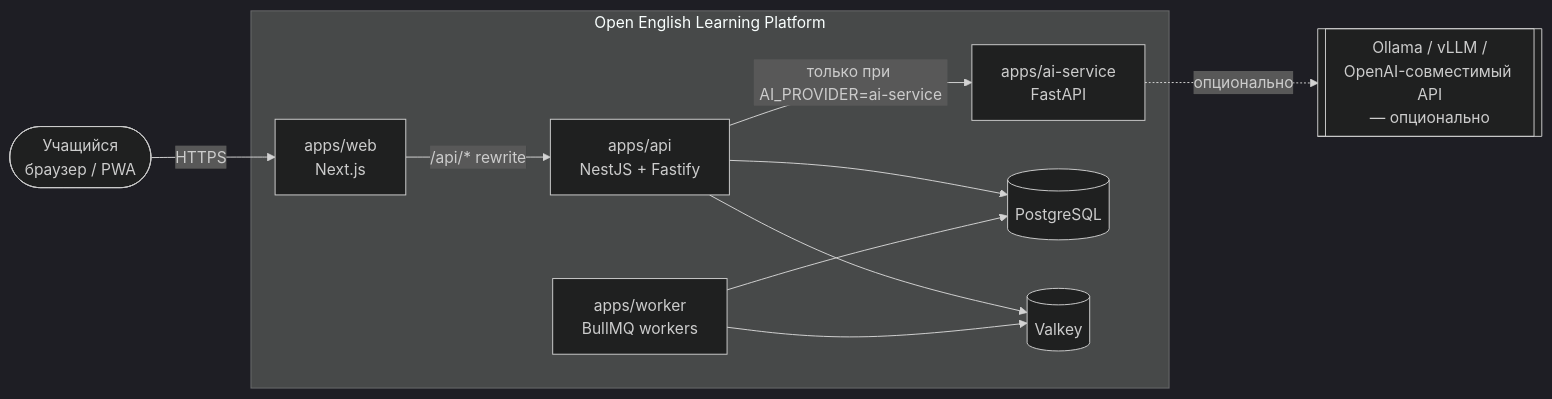
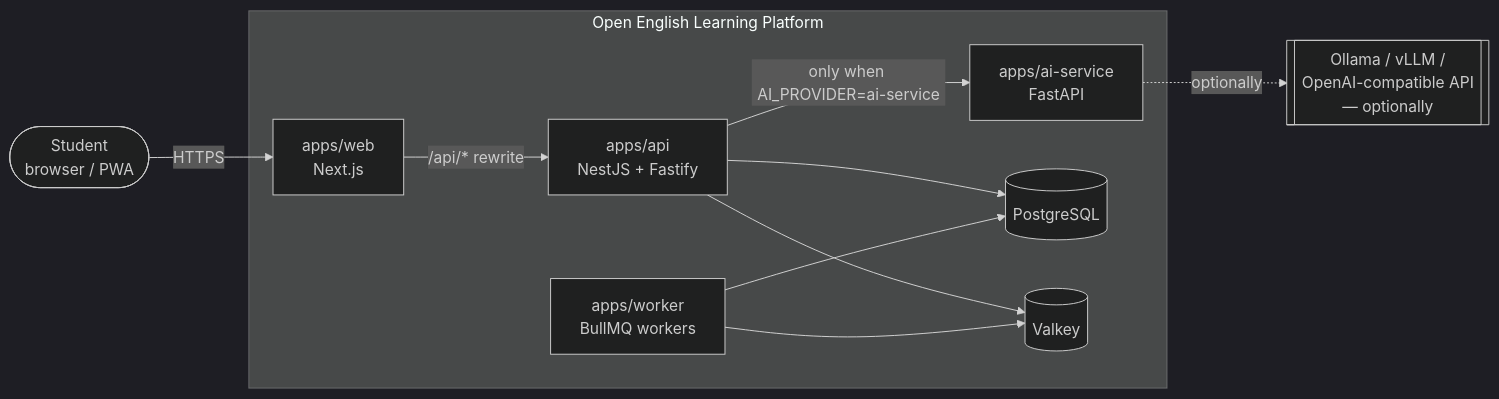
Before and after one commit to sen4ch/LingoUp: the first of 6 diagrams in ARCHITECTURE.md, drawn with Mermaid (dark theme). The commit also changed other lines of this file and 68 other files, not shown here.

````diff
--- a/ARCHITECTURE.md
+++ b/ARCHITECTURE.md
@@ -24,22 +24,22 @@
 ```mermaid
 flowchart LR
-    learner([Учащийся<br/>браузер / PWA])
+    learner([Student<br/>browser / PWA])
     subgraph platform[Open English Learning Platform]
         web[apps/web<br/>Next.js]
         api[apps/api<br/>NestJS + Fastify]
         worker[apps/worker<br/>BullMQ workers]
         ai[apps/ai-service<br/>FastAPI]
         pg[(PostgreSQL)]
         valkey[(Valkey)]
     end
-    llm[[Ollama / vLLM /<br/>OpenAI-совместимый API<br/>— опционально]]
+    llm[[Ollama / vLLM /<br/>OpenAI-compatible API<br/>— optionally]]
 
     learner -->|HTTPS| web
     web -->|/api/* rewrite| api
     api --> pg
     api --> valkey
-    api -->|только при AI_PROVIDER=ai-service| ai
+    api -->|only when AI_PROVIDER=ai-service| ai
     worker --> pg
     worker --> valkey
-    ai -.->|опционально| llm
+    ai -.->|optionally| llm
 ```
````
